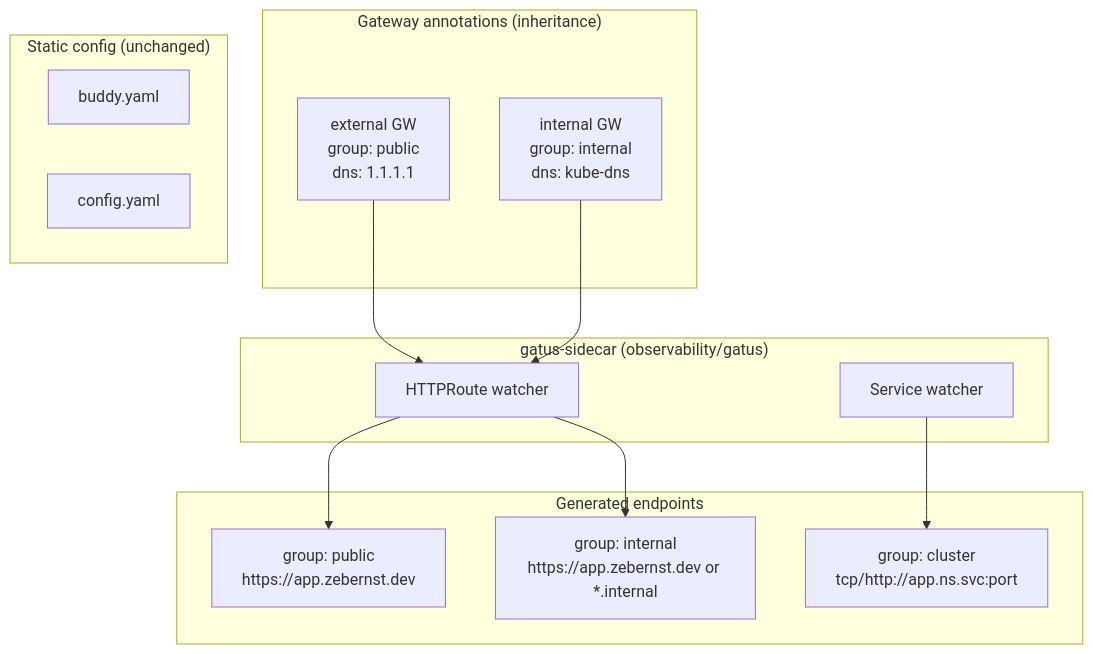
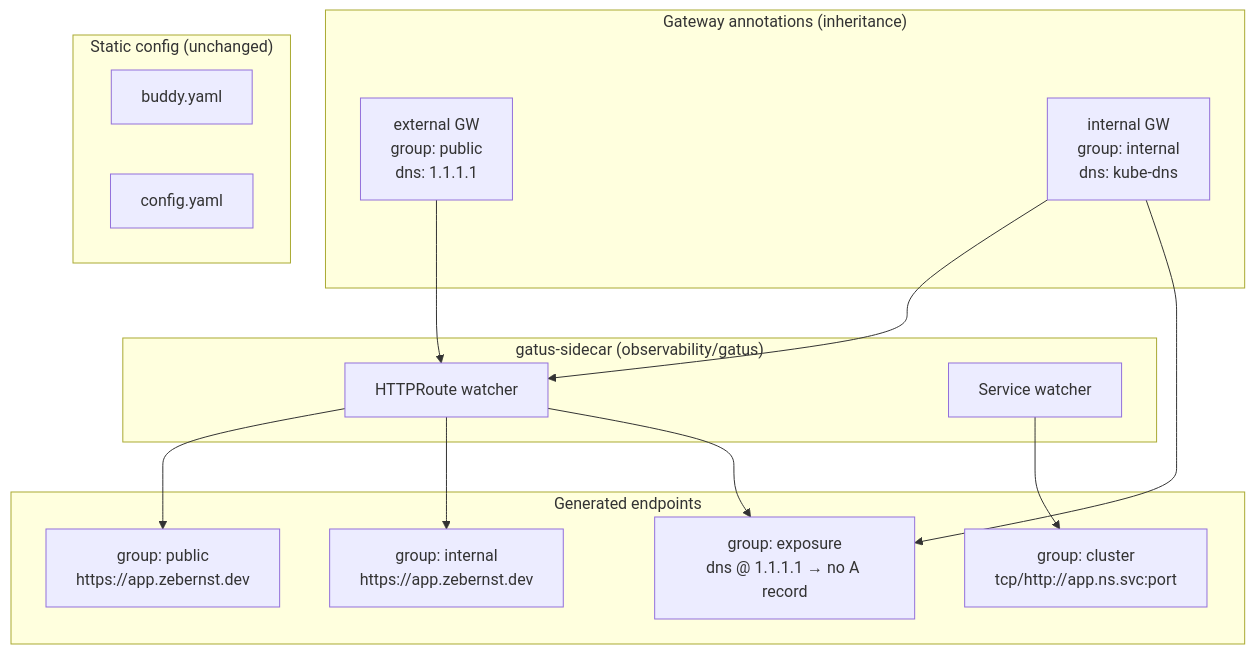
Before and after one commit to zebernst/homelab: the diagram in docs/plans/2026-05-30-001-refactor-gatus-exposure-tiers-plan.md, drawn with Mermaid. The commit also changed other lines of this file, not shown here.

Commit message:
docs(plan): internal routes auto-include DNS exposure guard (R6)

````diff
--- a/docs/plans/2026-05-30-001-refactor-gatus-exposure-tiers-plan.md
+++ b/docs/plans/2026-05-30-001-refactor-gatus-exposure-tiers-plan.md
@@ -81,29 +105,32 @@
 ```mermaid
 flowchart TB
   subgraph sidecar["gatus-sidecar (observability/gatus)"]
     HR[HTTPRoute watcher]
     SVC[Service watcher]
   end
 
   subgraph gateways["Gateway annotations (inheritance)"]
     EXT["external GW<br/>group: public<br/>dns: 1.1.1.1"]
     INT["internal GW<br/>group: internal<br/>dns: kube-dns"]
   end
 
   subgraph tiers["Generated endpoints"]
     PUB["group: public<br/>https://app.zebernst.dev"]
-    LAN["group: internal<br/>https://app.zebernst.dev or *.internal"]
+    LAN["group: internal<br/>https://app.zebernst.dev"]
+    EXP["group: exposure<br/>dns @ 1.1.1.1 → no A record"]
     CLU["group: cluster<br/>tcp/http://app.ns.svc:port"]
   end
 
   EXT --> HR
   INT --> HR
   HR --> PUB
   HR --> LAN
+  INT --> EXP
+  HR --> EXP
   SVC --> CLU
 
   subgraph static["Static config (unchanged)"]
     BUDDY[buddy.yaml]
     CFG[config.yaml]
   end
 ```
````
